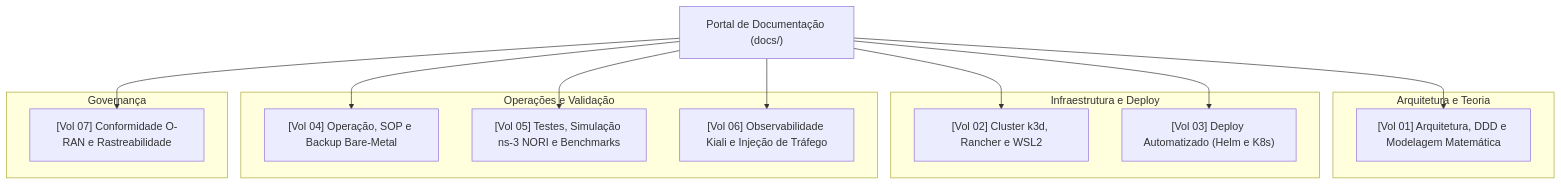
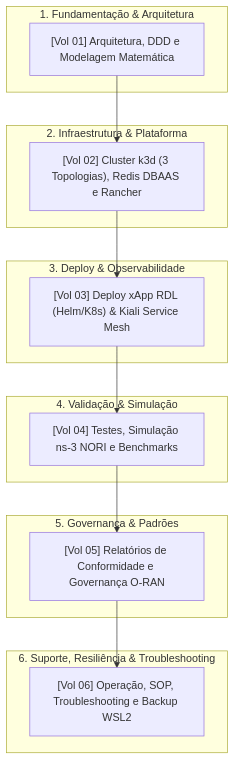
One commit to georgebarbosa3090/XApp-RDL-F1 changed the diagram in docs/README.md. Above: the diagram before and after it, drawn with Mermaid. The commit also changed other lines of this file and 11 other files, not shown here.

Commit message:
docs: restructure repository into 6 strictly sequential volumes from infra to benchmarks and troubleshooting

````diff
--- a/docs/README.md
+++ b/docs/README.md
@@ -16,31 +16,28 @@
 ```mermaid
 graph TD
-    DOCS["Portal de Documentação (docs/)"]
-    
-    subgraph Core["Arquitetura e Teoria"]
+    subgraph S1["1. Fundamentação & Arquitetura"]
         V01["[Vol 01] Arquitetura, DDD e Modelagem Matemática"]
     end
 
-    subgraph InfraDeploy["Infraestrutura e Deploy"]
-        V02["[Vol 02] Cluster k3d, Rancher e WSL2"]
-        V03["[Vol 03] Deploy Automatizado (Helm e K8s)"]
+    subgraph S2["2. Infraestrutura & Plataforma"]
+        V02["[Vol 02] Cluster k3d (3 Topologias), Redis DBAAS e Rancher"]
     end
 
-    subgraph OpsResilience["Operações e Validação"]
-        V04["[Vol 04] Operação, SOP e Backup Bare-Metal"]
-        V05["[Vol 05] Testes, Simulação ns-3 NORI e Benchmarks"]
-        V06["[Vol 06] Observabilidade Kiali e Injeção de Tráfego"]
+    subgraph S3["3. Deploy & Observabilidade"]
+        V03["[Vol 03] Deploy xApp RDL (Helm/K8s) & Kiali Service Mesh"]
     end
 
-    subgraph Compliance["Governança"]
-        V07["[Vol 07] Conformidade O-RAN e Rastreabilidade"]
+    subgraph S4["4. Validação & Simulação"]
+        V04["[Vol 04] Testes, Simulação ns-3 NORI e Benchmarks"]
     end
 
-    DOCS --> V01
-    DOCS --> V02
-    DOCS --> V03
-    DOCS --> V04
-    DOCS --> V05
-    DOCS --> V06
-    DOCS --> V07
+    subgraph S5["5. Governança & Padrões"]
+        V05["[Vol 05] Relatórios de Conformidade e Governança O-RAN"]
+    end
+
+    subgraph S6["6. Suporte, Resiliência & Troubleshooting"]
+        V06["[Vol 06] Operação, SOP, Troubleshooting e Backup WSL2"]
+    end
+
+    V01 --> V02 --> V03 --> V04 --> V05 --> V06
 ```
````
